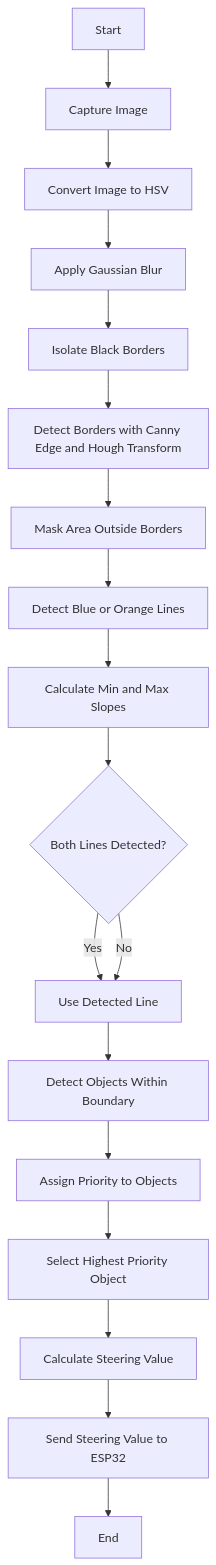
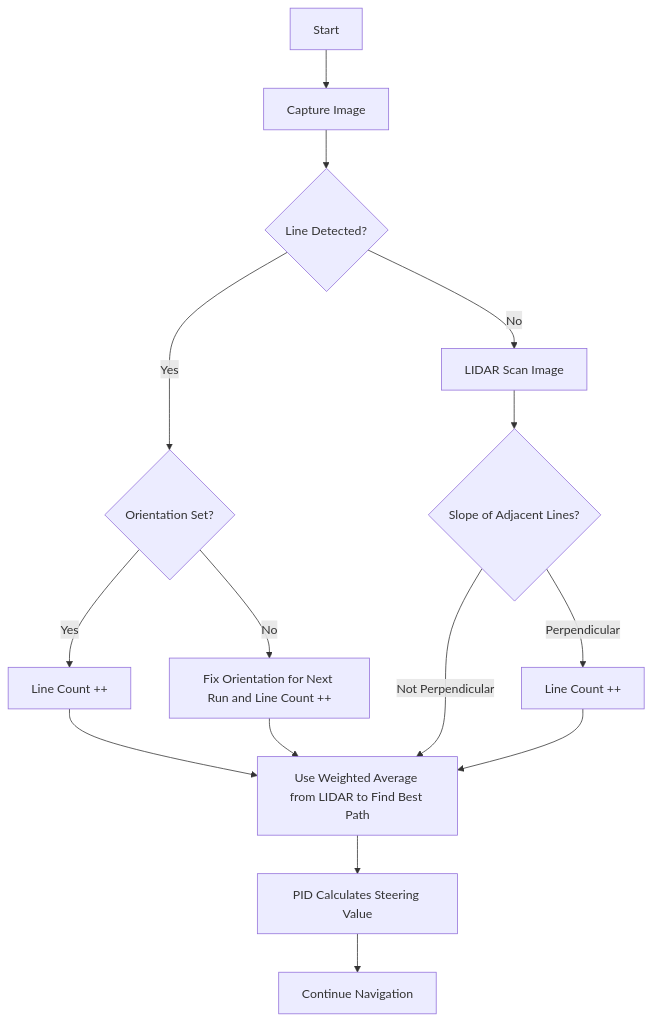
One commit to AnasBinAzim/Pladytron changed the second of 2 diagrams in README.md. Above: the diagram before and after it, drawn with Mermaid.

````diff
--- a/README.md
+++ b/README.md
@@ -732,21 +732,21 @@
 ```mermaid
 flowchart TD
-    Start --> Step1[Capture Image]
-    Step1 --> Step2[Convert Image to HSV]
-    Step2 --> Step3[Apply Gaussian Blur]
-    Step3 --> Step4[Isolate Black Borders]
-    Step4 --> Step5[Detect Borders with Canny Edge and Hough Transform]
-    Step5 --> Step6[Mask Area Outside Borders]
-    Step6 --> Step7[Detect Blue or Orange Lines]
-    Step7 --> Step8[Calculate Min and Max Slopes]
-    Step8 --> Decision1{Both Lines Detected?}
-    Decision1 -- Yes --> Step9[Determine Orientation]
-    Decision1 -- No --> Step9[Use Detected Line]
-    Step9 --> Step10[Detect Objects Within Boundary]
-    Step10 --> Step11[Assign Priority to Objects]
-    Step11 --> Step12[Select Highest Priority Object]
-    Step12 --> Step13[Calculate Steering Value]
-    Step13 --> Step14[Send Steering Value to ESP32]
-    Step14 --> End
+    A[Start] --> B[Capture Image]
+    B --> C{Line Detected?}
+    
+    C -->|Yes| D{Orientation Set?}
+    D -->|Yes| E[Line Count ++]
+    D -->|No| F[Fix Orientation for Next Run and Line Count ++]
+    E --> K[Use Weighted Average from LIDAR to Find Best Path]
+    F --> K[Use Weighted Average from LIDAR to Find Best Path]
+    
+    C -->|No| H[LIDAR Scan Image]
+    H --> I{Slope of Adjacent Lines?}
+    I -->|Perpendicular| J[Line Count ++]
+    I -->|Not Perpendicular| K[Use Weighted Average from LIDAR to Find Best Path]
+    
+    J --> K
+    K --> L[PID Calculates Steering Value]
+    L --> M[Continue Navigation]
 
 ```
````
